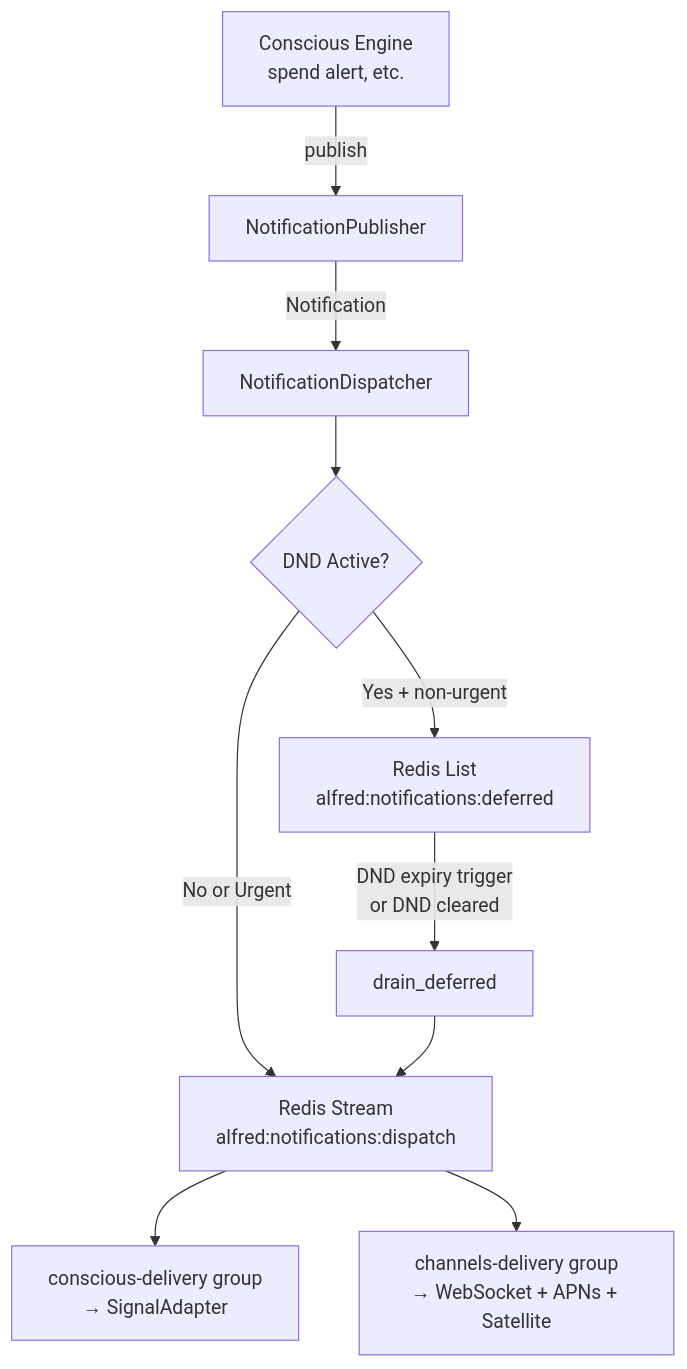
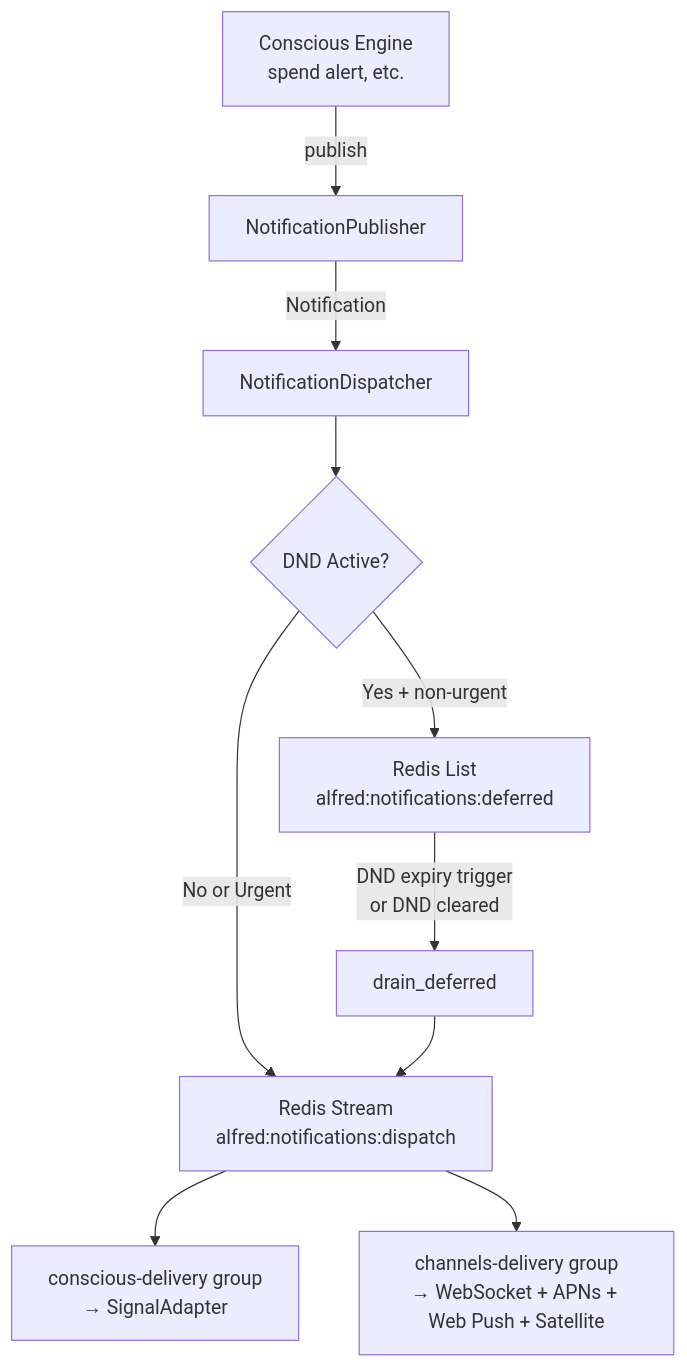
Before and after one commit to anirudhlath/alfred: the diagram in docs/notifications.md, drawn with Mermaid. The commit also changed other lines of this file and 77 other files, not shown here.

````diff
--- a/docs/notifications.md
+++ b/docs/notifications.md
@@ -11,12 +11,12 @@
 ```mermaid
 graph TD
     CE[Conscious Engine<br/>spend alert, etc.] -->|publish| NP[NotificationPublisher]
     NP -->|Notification| ND[NotificationDispatcher]
     ND --> DND{DND Active?}
     DND -->|Yes + non-urgent| DEFER[Redis List<br/>alfred:notifications:deferred]
     DND -->|No or Urgent| STREAM[Redis Stream<br/>alfred:notifications:dispatch]
     STREAM --> CG1[conscious-delivery group<br/>→ SignalAdapter]
-    STREAM --> CG2[channels-delivery group<br/>→ WebSocket + APNs + Satellite]
+    STREAM --> CG2[channels-delivery group<br/>→ WebSocket + APNs + Web Push + Satellite]
     DEFER -->|DND expiry trigger<br/>or DND cleared| DRAIN[drain_deferred]
     DRAIN --> STREAM
 ```
````
